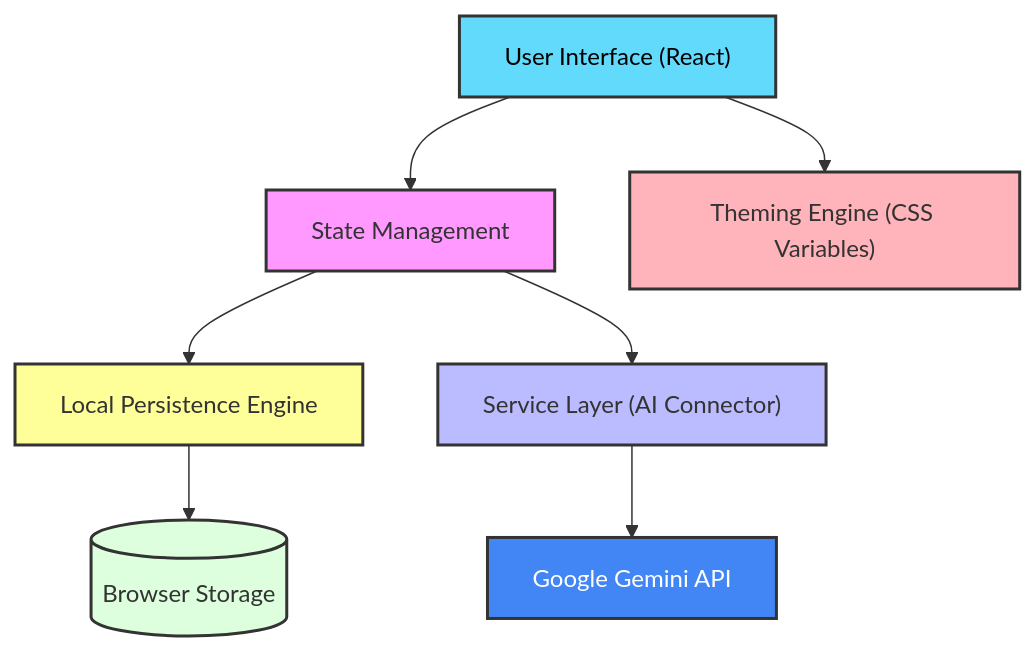
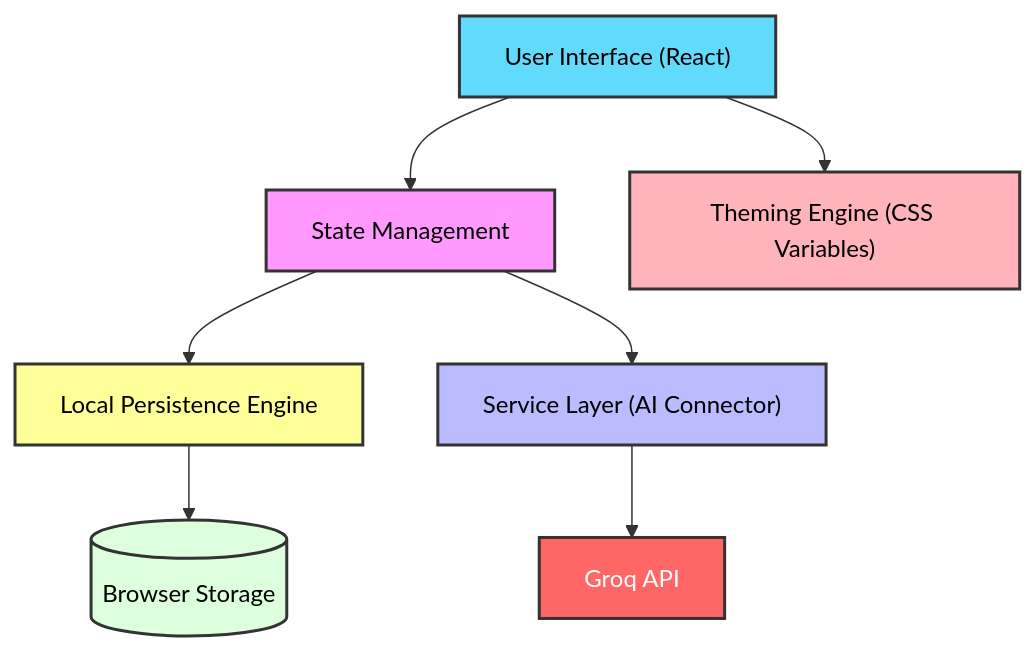
The diagram in README.md (M-Affan01/AI-Dictionary), drawn with Mermaid before and after one commit. The commit also changed other lines of this file, not shown here.

First line of the commit message:
Change AI integration to Groq Cloud SDK

````diff
--- a/README.md
+++ b/README.md
@@ -44,18 +39,18 @@
 ```mermaid
 graph TD
     A["User Interface (React)"] --> B["State Management"]
     B --> C["Local Persistence Engine"]
     B --> D["Service Layer (AI Connector)"]
-    D --> E["Google Gemini API"]
+    D --> E["Groq API"]
     C --> F[("Browser Storage")]
     A --> G["Theming Engine (CSS Variables)"]
 
-    %% Styling
+    %% Styling for better visibility in both Light/Dark modes
     style A fill:#61DAFB,stroke:#333,stroke-width:2px,color:#000
-    style B fill:#f9f,stroke:#333,stroke-width:2px
-    style C fill:#ff9,stroke:#333,stroke-width:2px
-    style D fill:#bbf,stroke:#333,stroke-width:2px
-    style E fill:#4285F4,stroke:#333,stroke-width:2px,color:#fff
-    style F fill:#dfd,stroke:#333,stroke-width:2px
-    style G fill:#ffb3ba,stroke:#333,stroke-width:2px
+    style B fill:#f9f,stroke:#333,stroke-width:2px,color:#000
+    style C fill:#ff9,stroke:#333,stroke-width:2px,color:#000
+    style D fill:#bbf,stroke:#333,stroke-width:2px,color:#000
+    style E fill:#f66,stroke:#333,stroke-width:2px,color:#fff
+    style F fill:#dfd,stroke:#333,stroke-width:2px,color:#000
+    style G fill:#ffb3ba,stroke:#333,stroke-width:2px,color:#000
 ```
````
